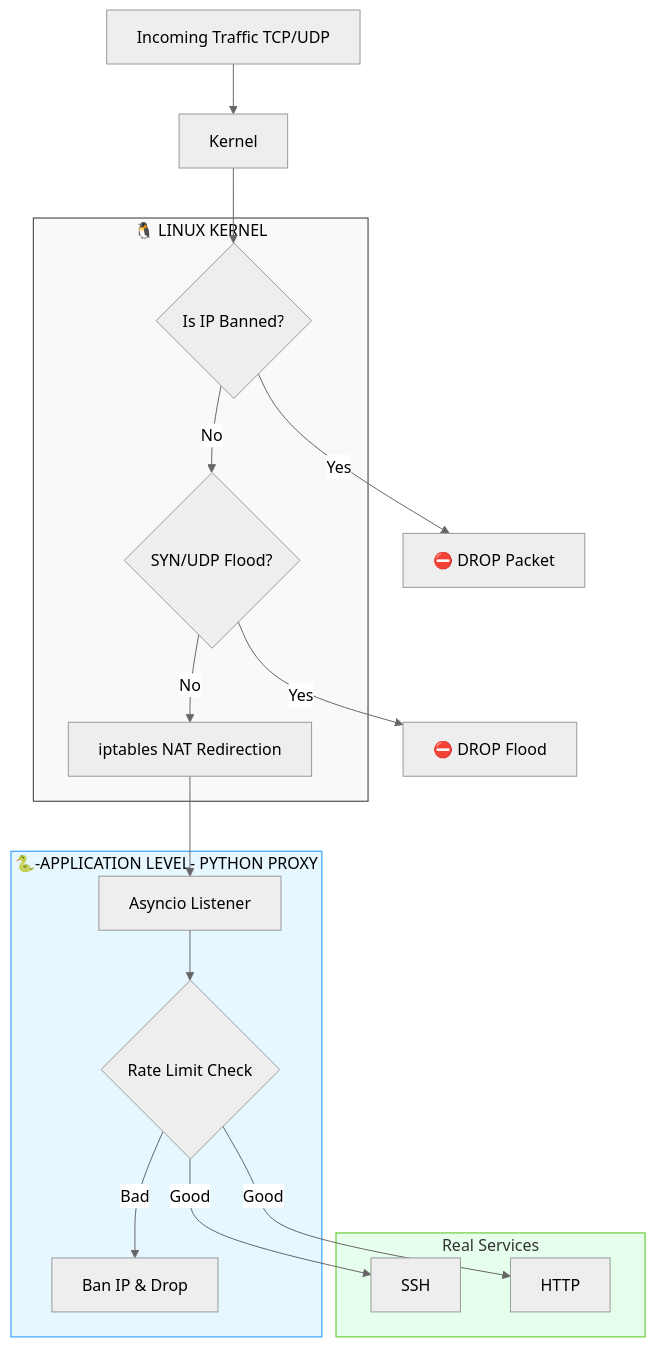
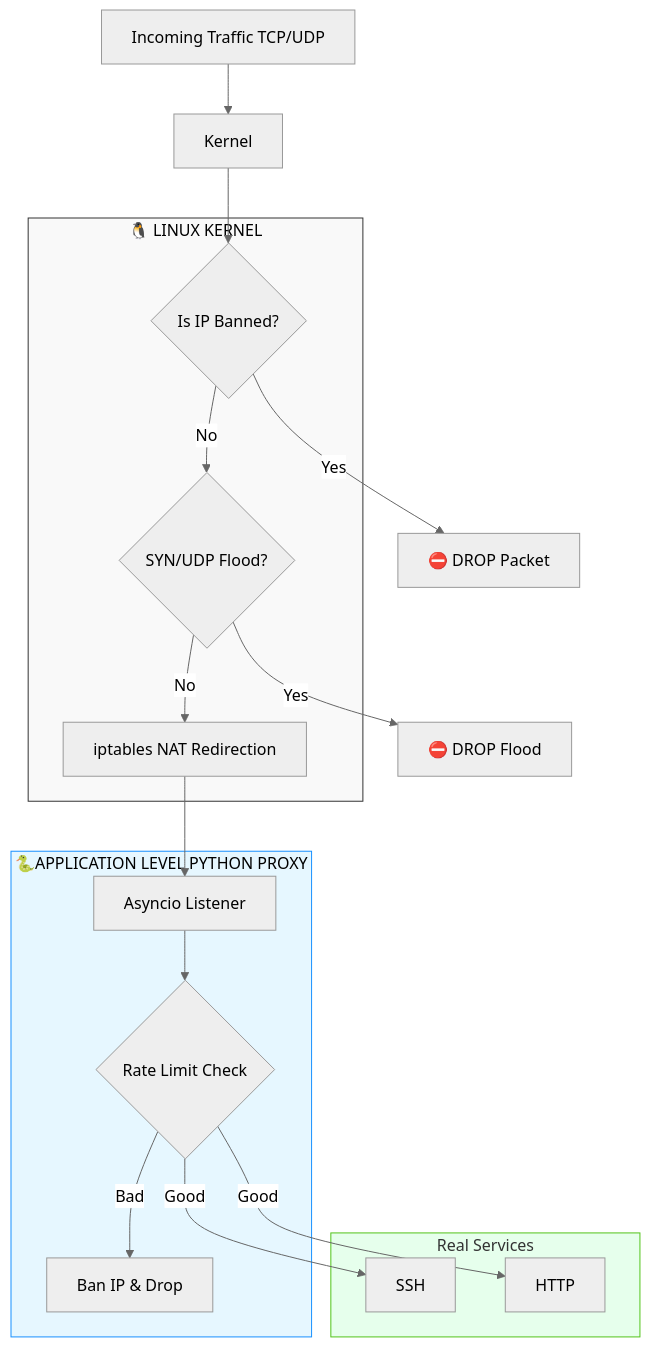
One commit to keremincii/ddos-preventer-for-lan changed the diagram in PROJECT_MANUAL.md. Above: the diagram before and after it, drawn with Mermaid (neutral theme). The commit also changed other lines of this file, not shown here.

Commit message:
Update PROJECT_MANUAL.md with project details

````diff
--- a/PROJECT_MANUAL.md
+++ b/PROJECT_MANUAL.md
@@ -8,38 +8,38 @@
 ```mermaid
 graph TD
     Input[Incoming Traffic TCP/UDP] --> Kernel
     
     subgraph Linux_Kernel [🐧 LINUX KERNEL]
         style Linux_Kernel fill:#f9f9f9,stroke:#333,color:#000
         Blocklist{Is IP Banned?}
         FloodProt{SYN/UDP Flood?}
         NAT[iptables NAT Redirection]
     end
 
-    subgraph User_Space [🐍-APPLICATION LEVEL- PYTHON PROXY]
+    subgraph User_Space [🐍APPLICATION LEVEL PYTHON PROXY]
         style User_Space fill:#e6f7ff,stroke:#1890ff,color:#000
         ProxyList[Asyncio Listener]
         RateLimit{Rate Limit Check}
         Mitigation[Ban IP & Drop]
     end
 
     subgraph Services [Real Services]
         style Services fill:#e6ffec,stroke:#52c41a
         SSH[SSH]
         HTTP[HTTP]
     end
 
     %% Akış Mantığı
     Kernel --> Blocklist
     Blocklist -- Yes --> Drop1[⛔ DROP Packet]
     Blocklist -- No --> FloodProt
     
     FloodProt -- Yes --> Drop2[⛔ DROP Flood]
     FloodProt -- No --> NAT
     
     NAT --> ProxyList
     ProxyList --> RateLimit
     
     RateLimit -- Good --> SSH & HTTP
     RateLimit -- Bad --> Mitigation
 ```
````
